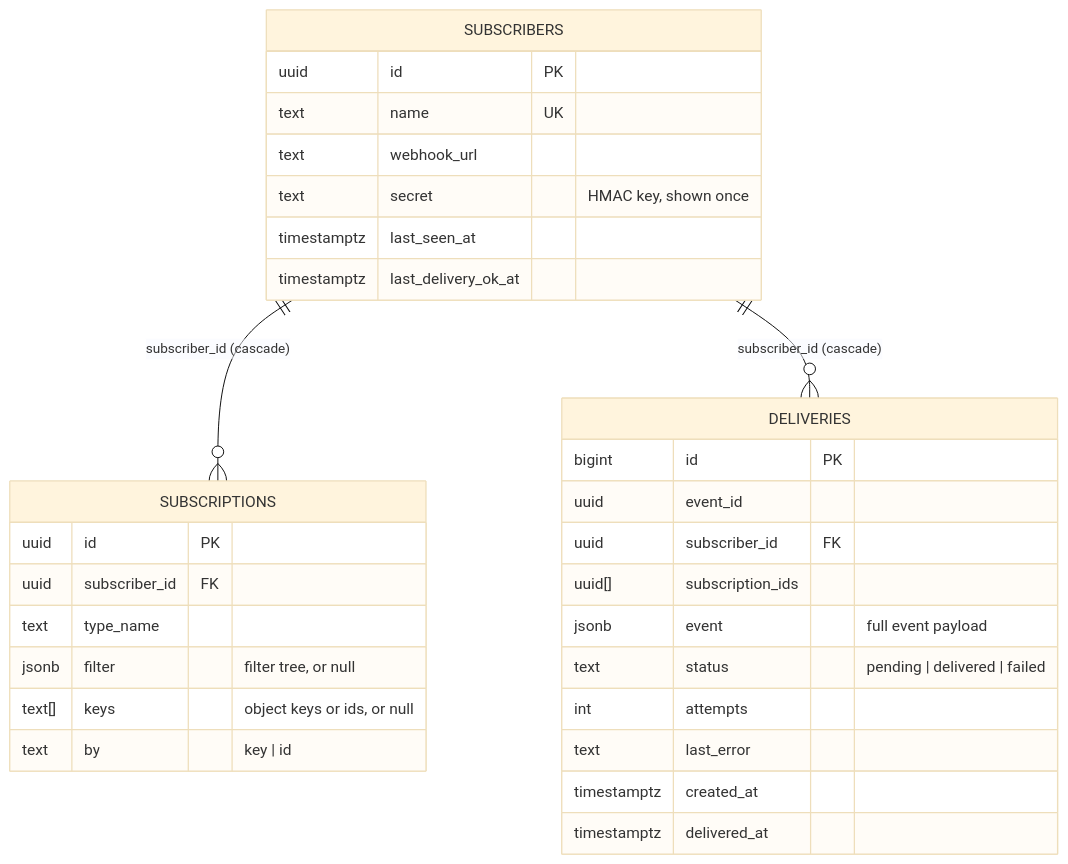
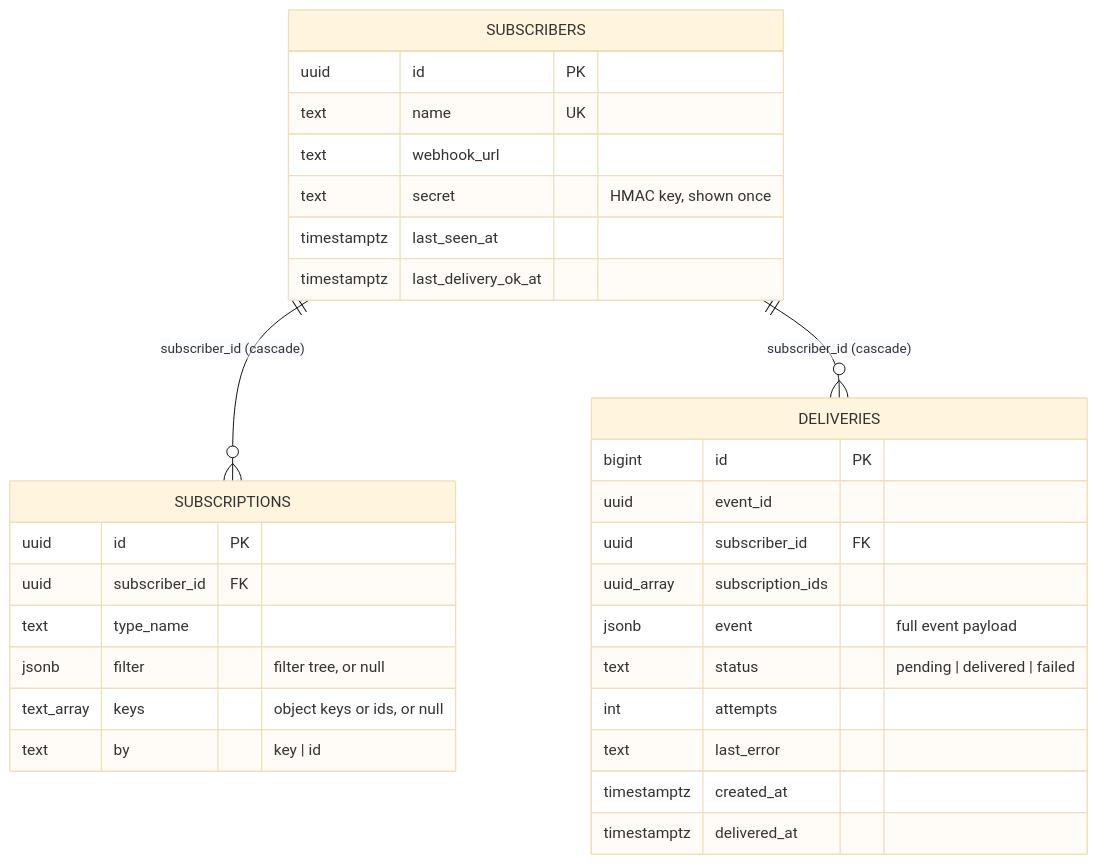
One commit to centeba/dbpersist changed the fourth of 9 diagrams in docs/ARCHITECTURE.md. Above: the diagram before and after it, drawn with Mermaid (base theme). The commit also changed other lines of this file, not shown here.

First line of the commit message:
Docs: make the architecture Mermaid diagrams render on GitHub

````diff
--- a/docs/ARCHITECTURE.md
+++ b/docs/ARCHITECTURE.md
@@ -143,33 +143,33 @@
 ```mermaid
 erDiagram
     SUBSCRIBERS ||--o{ SUBSCRIPTIONS : "subscriber_id (cascade)"
     SUBSCRIBERS ||--o{ DELIVERIES : "subscriber_id (cascade)"
     SUBSCRIBERS {
         uuid id PK
         text name UK
         text webhook_url
         text secret "HMAC key, shown once"
         timestamptz last_seen_at
         timestamptz last_delivery_ok_at
     }
     SUBSCRIPTIONS {
         uuid id PK
         uuid subscriber_id FK
         text type_name
         jsonb filter "filter tree, or null"
-        text[] keys "object keys or ids, or null"
+        text_array keys "object keys or ids, or null"
         text by "key | id"
     }
     DELIVERIES {
         bigint id PK
         uuid event_id
         uuid subscriber_id FK
-        uuid[] subscription_ids
+        uuid_array subscription_ids
         jsonb event "full event payload"
         text status "pending | delivered | failed"
         int attempts
         text last_error
         timestamptz created_at
         timestamptz delivered_at
     }
 ```
````
